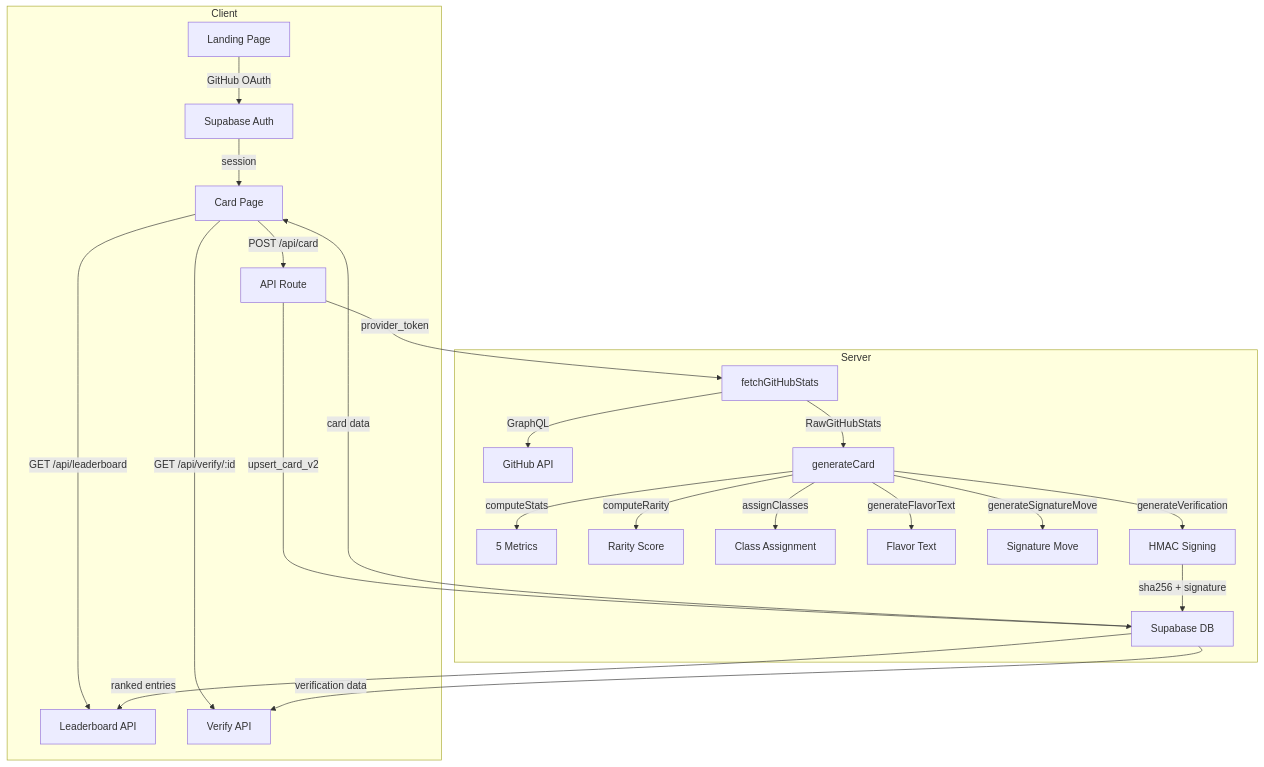
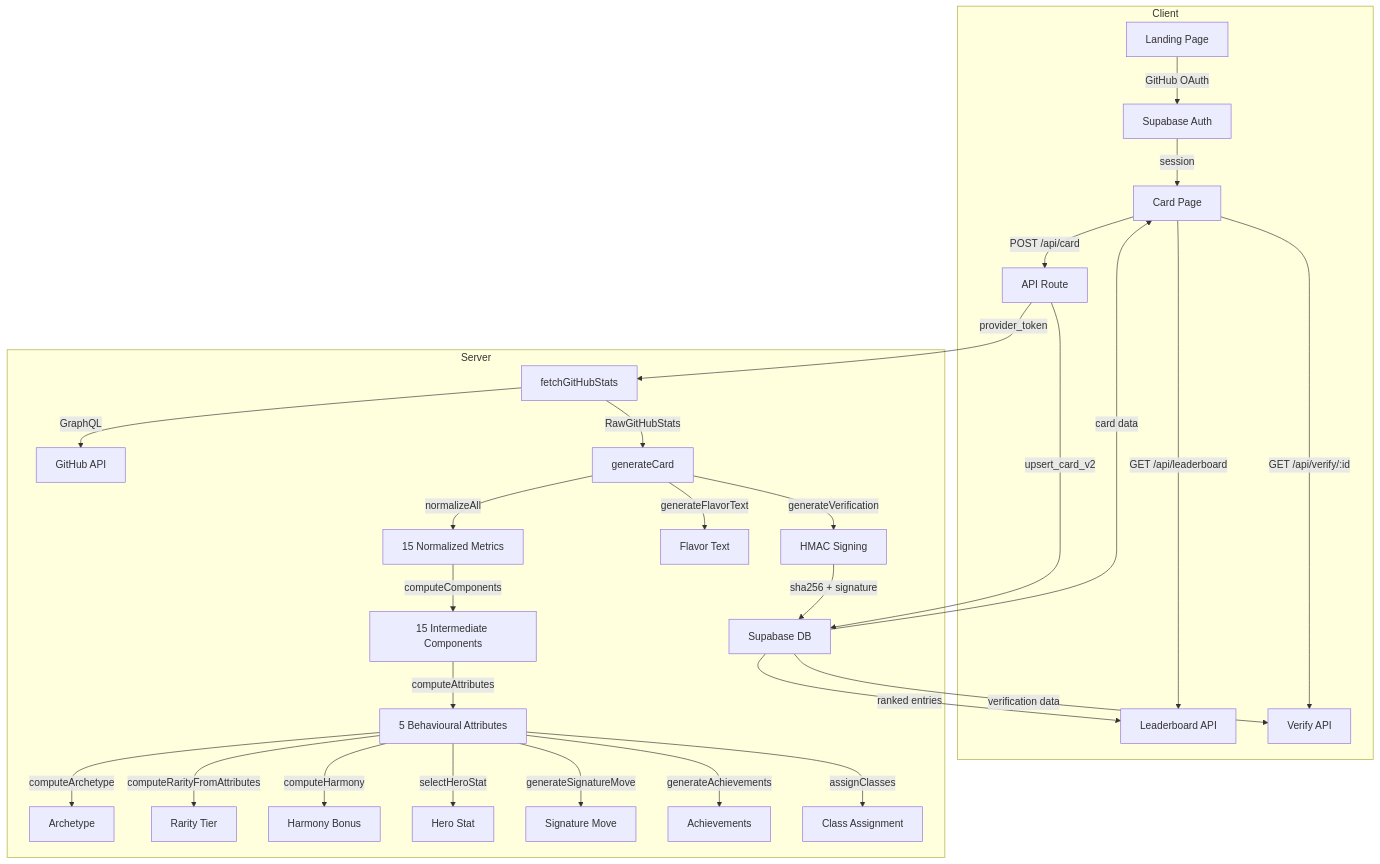
One commit to ShravanDeb/DevMon changed the second of 4 diagrams in README.md. Above: the diagram before and after it, drawn with Mermaid. The commit also changed other lines of this file and 175 other files, not shown here.

````diff
--- a/README.md
+++ b/README.md
@@ -182,28 +187,34 @@
 ```mermaid
 flowchart TD
     subgraph Client
         A[Landing Page] -->|GitHub OAuth| B[Supabase Auth]
         B -->|session| C[Card Page]
         C -->|POST /api/card| D[API Route]
         C -->|GET /api/leaderboard| E[Leaderboard API]
         C -->|GET /api/verify/:id| F[Verify API]
     end
 
     subgraph Server
         D -->|provider_token| G[fetchGitHubStats]
         G -->|GraphQL| H[GitHub API]
         G -->|RawGitHubStats| I[generateCard]
-        I -->|computeStats| J[5 Metrics]
-        I -->|computeRarity| K[Rarity Score]
-        I -->|assignClasses| L[Class Assignment]
-        I -->|generateFlavorText| M[Flavor Text]
-        I -->|generateSignatureMove| N[Signature Move]
-        I -->|generateVerification| O[HMAC Signing]
-        D -->|upsert_card_v2| P[Supabase DB]
-        O -->|sha256 + signature| P
+        I -->|normalizeAll| J[15 Normalized Metrics]
+        J -->|computeComponents| K[15 Intermediate Components]
+        K -->|computeAttributes| L[5 Behavioural Attributes]
+        L -->|computeArchetype| M[Archetype]
+        L -->|computeRarityFromAttributes| N[Rarity Tier]
+        L -->|computeHarmony| O[Harmony Bonus]
+        L -->|selectHeroStat| P[Hero Stat]
+        L -->|generateSignatureMove| Q[Signature Move]
+        L -->|generateAchievements| R[Achievements]
+        L -->|assignClasses| S[Class Assignment]
+        I -->|generateFlavorText| T[Flavor Text]
+        I -->|generateVerification| U[HMAC Signing]
+        D -->|upsert_card_v2| V[Supabase DB]
+        U -->|sha256 + signature| V
     end
 
-    P -->|card data| C
-    P -->|ranked entries| E
-    P -->|verification data| F
+    V -->|card data| C
+    V -->|ranked entries| E
+    V -->|verification data| F
 ```
````
